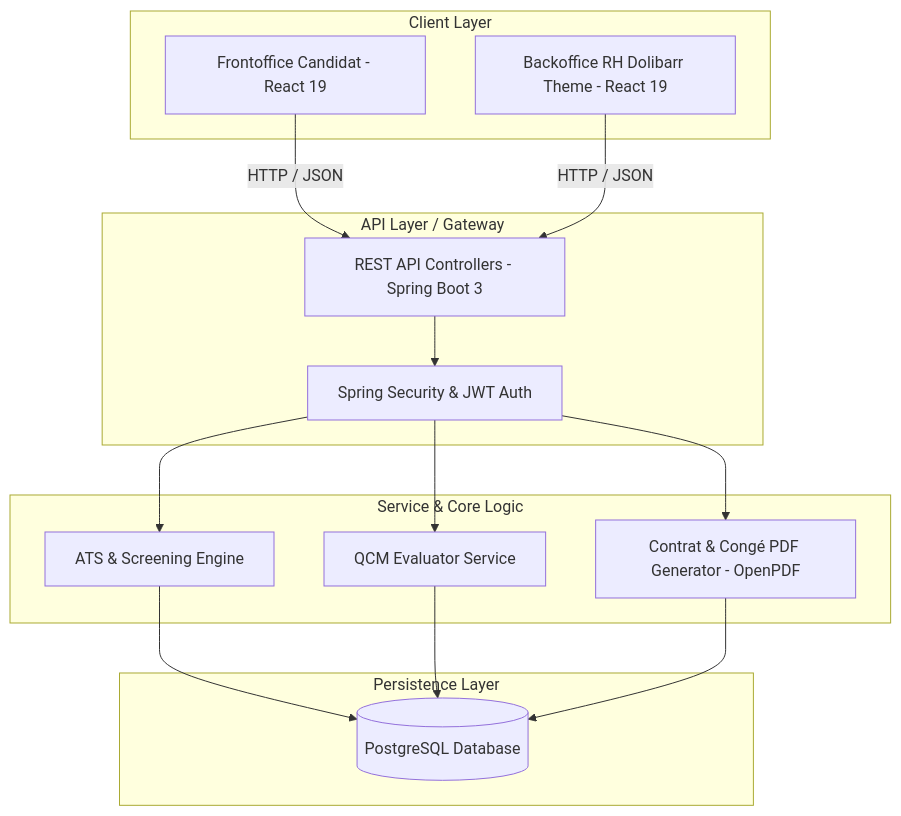
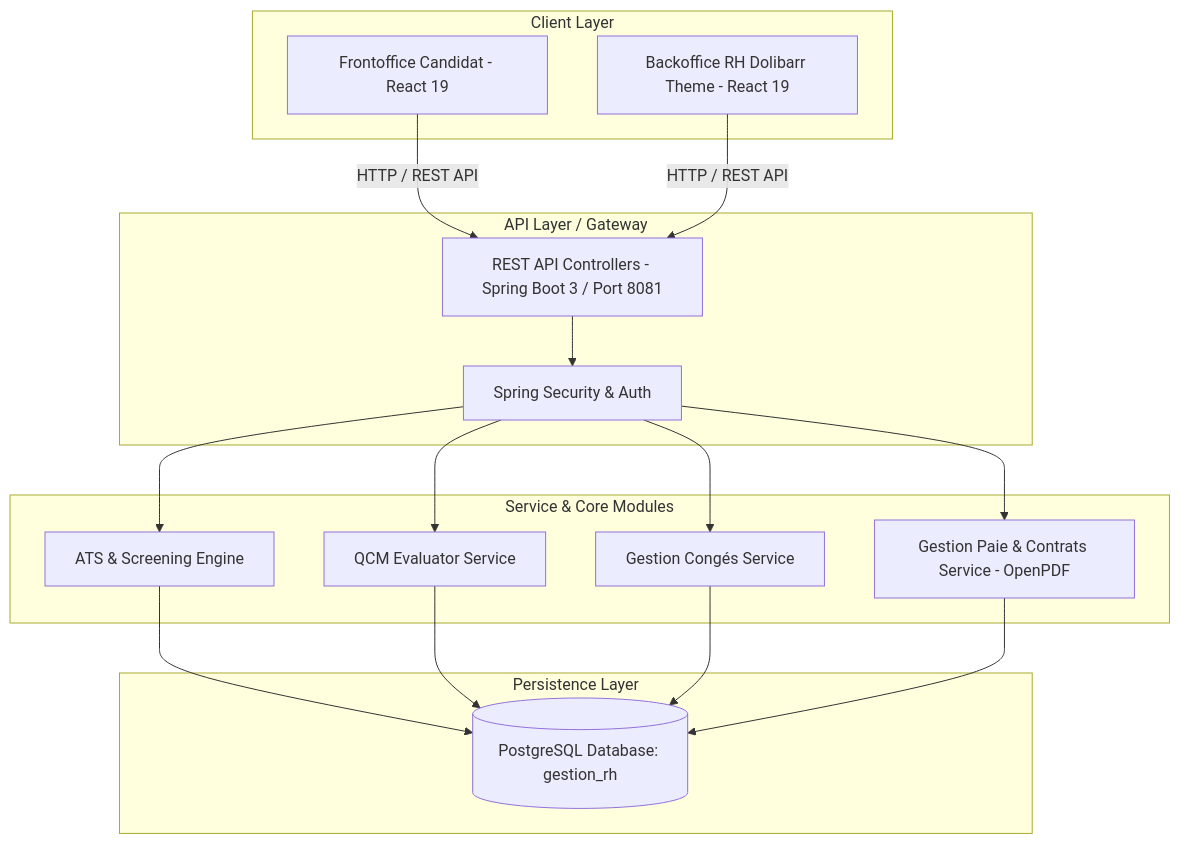
The diagram in README.md (MikajyRz/Gestion-RH), drawn with Mermaid before and after one commit. The commit also changed other lines of this file, not shown here.

````diff
--- a/README.md
+++ b/README.md
@@ -50,32 +56,35 @@
 ```mermaid
 graph TD
     subgraph Client Layer
         A[Frontoffice Candidat - React 19]
         B[Backoffice RH Dolibarr Theme - React 19]
     end
 
     subgraph API Layer / Gateway
-        C[REST API Controllers - Spring Boot 3]
-        D[Spring Security & JWT Auth]
+        C[REST API Controllers - Spring Boot 3 / Port 8081]
+        D[Spring Security & Auth]
     end
 
-    subgraph Service & Core Logic
+    subgraph Service & Core Modules
         E[ATS & Screening Engine]
         F[QCM Evaluator Service]
-        G[Contrat & Congé PDF Generator - OpenPDF]
+        G[Gestion Congés Service]
+        H[Gestion Paie & Contrats Service - OpenPDF]
     end
 
     subgraph Persistence Layer
-        H[(PostgreSQL Database)]
+        I[(PostgreSQL Database: gestion_rh)]
     end
 
-    A -->|HTTP / JSON| C
-    B -->|HTTP / JSON| C
+    A -->|HTTP / REST API| C
+    B -->|HTTP / REST API| C
     C --> D
     D --> E
     D --> F
     D --> G
-    E --> H
-    F --> H
-    G --> H
+    D --> H
+    E --> I
+    F --> I
+    G --> I
+    H --> I
 ```
````
